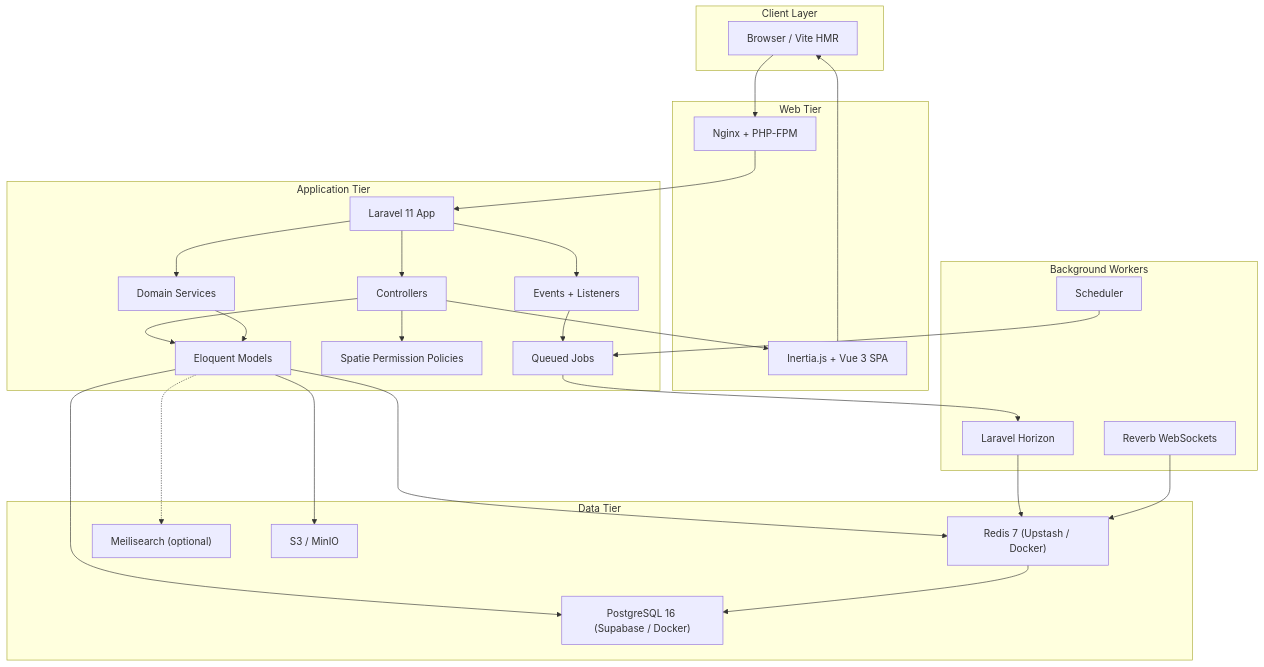
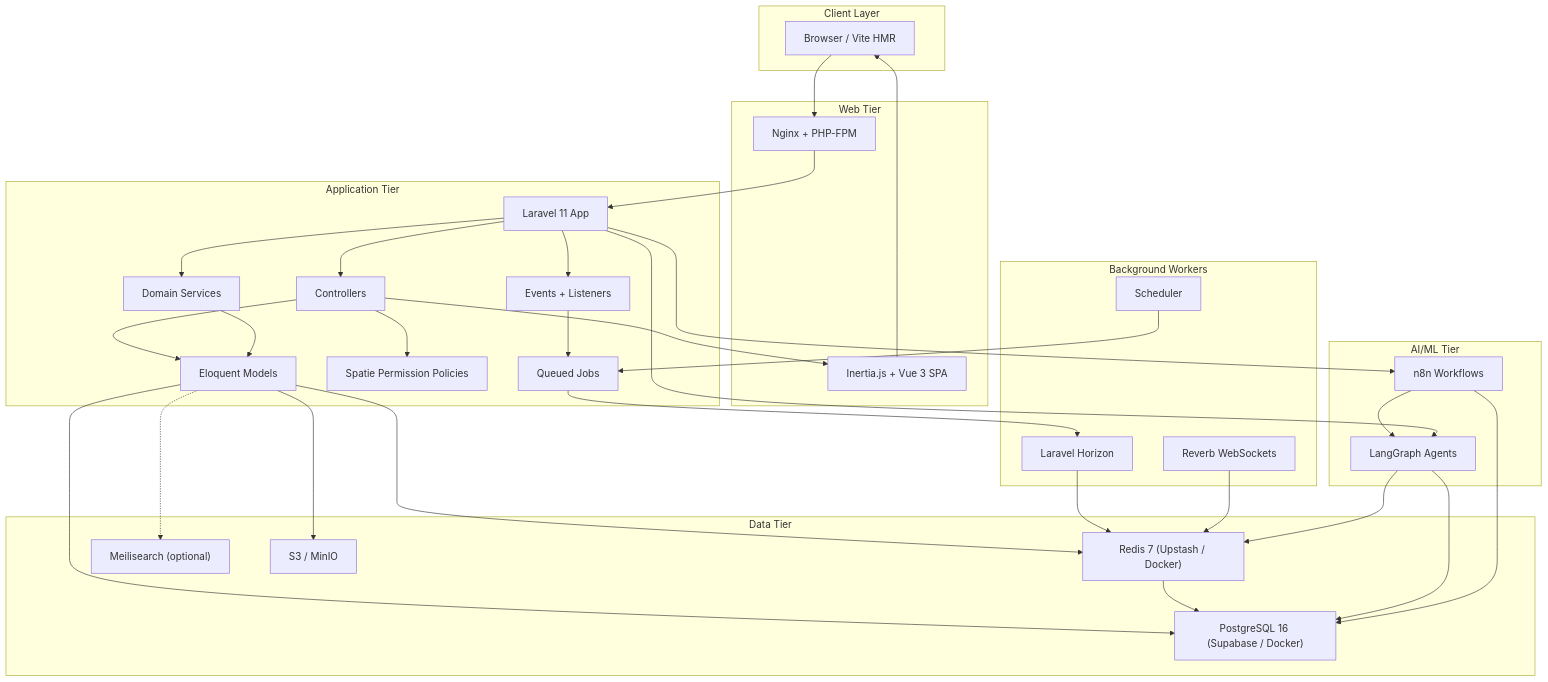
One commit to Godwin-88/CRM changed the first of 3 diagrams in README.md. Above: the diagram before and after it, drawn with Mermaid. The commit also changed 143 other files, not shown here.

````diff
--- a/README.md
+++ b/README.md
@@ -59,51 +59,62 @@
 ```mermaid
 flowchart TD
     subgraph Client["Client Layer"]
         Browser["Browser / Vite HMR"]
     end
     subgraph Web["Web Tier"]
         Nginx["Nginx + PHP-FPM"]
         Inertia["Inertia.js + Vue 3 SPA"]
     end
     subgraph App["Application Tier"]
         Laravel["Laravel 11 App"]
         Controllers["Controllers"]
         Models["Eloquent Models"]
         Policies["Spatie Permission Policies"]
         Events["Events + Listeners"]
         Jobs["Queued Jobs"]
         Services["Domain Services"]
+    end
+    subgraph ML["AI/ML Tier"]
+        ML_Agents["LangGraph Agents"]
+        n8n_Workflows["n8n Workflows"]
     end
     subgraph Data["Data Tier"]
         Postgres["PostgreSQL 16 (Supabase / Docker)"]
         Redis["Redis 7 (Upstash / Docker)"]
         Meilisearch["Meilisearch (optional)"]
         S3["S3 / MinIO"]
     end
     subgraph Workers["Background Workers"]
         Horizon["Laravel Horizon"]
         Scheduler["Scheduler"]
         Reverb["Reverb WebSockets"]
     end
 
     Browser --> Nginx
     Nginx --> Laravel
     Laravel --> Controllers
     Controllers --> Models
     Controllers --> Policies
     Controllers --> Inertia
     Inertia --> Browser
     Laravel --> Services
     Services --> Models
     Models --> Postgres
     Models --> Redis
     Models --> S3
     Models -.-> Meilisearch
     Laravel --> Events
     Events --> Jobs
     Jobs --> Horizon
     Horizon --> Redis
     Scheduler --> Jobs
     Reverb --> Redis
     Redis --> Postgres
+    
+    ML_Agents --> Postgres
+    ML_Agents --> Redis
+    n8n_Workflows --> Postgres
+    n8n_Workflows --> ML_Agents
+    Laravel --> ML_Agents
+    Laravel --> n8n_Workflows
 ```
````
